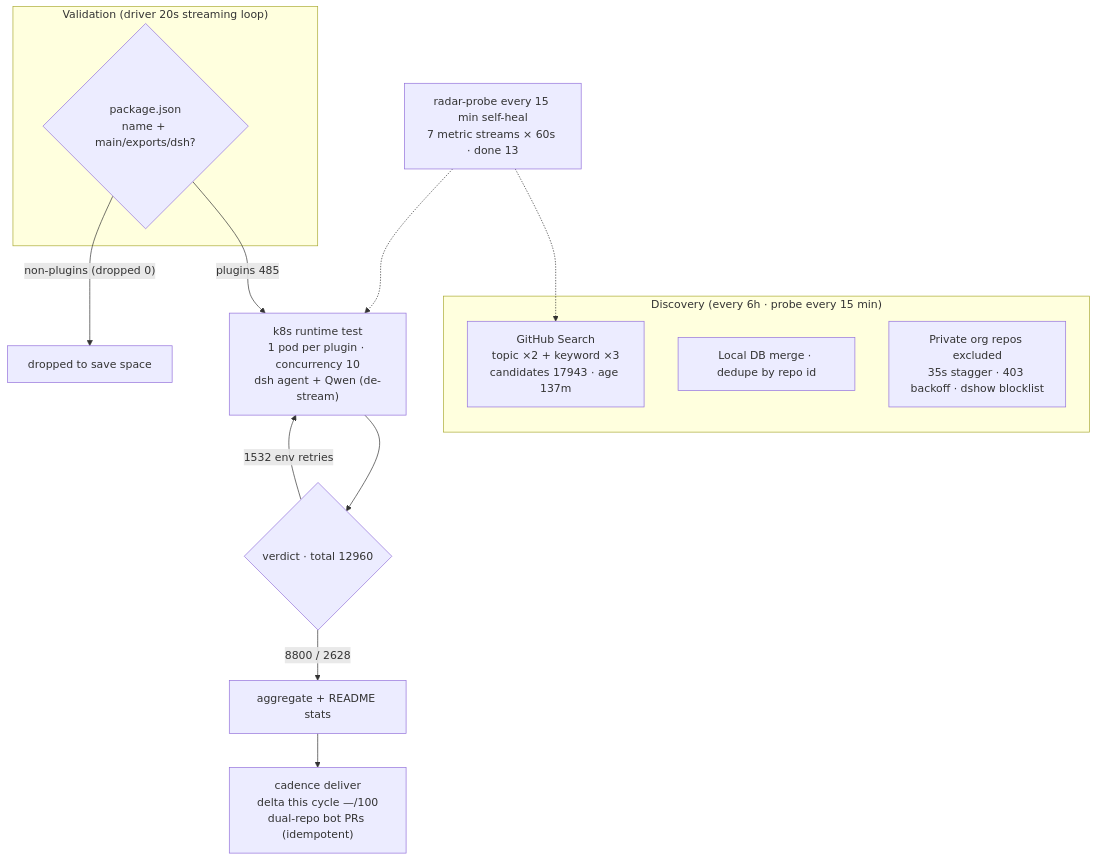
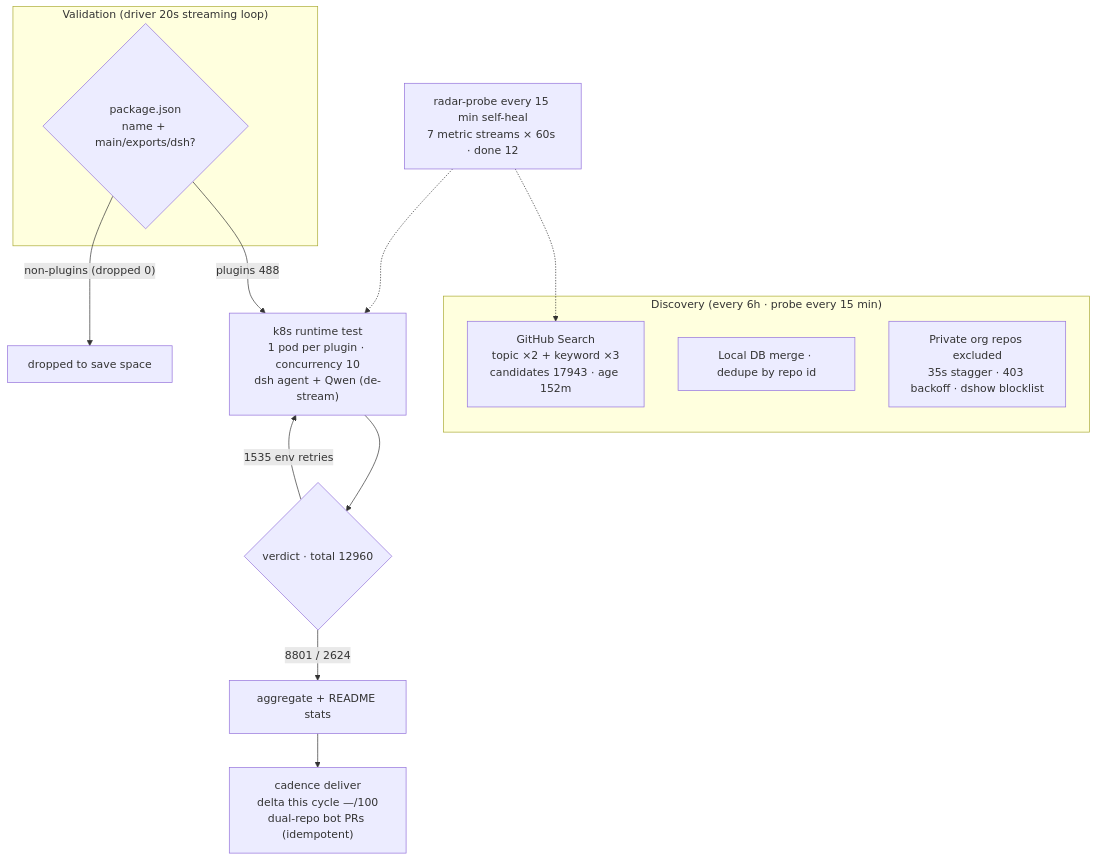
Before and after one commit to AdamPlatin123/awesome-dsh-plugins: the diagram in README.en-US.md, drawn with Mermaid. The commit also changed other lines of this file and 5 other files, not shown here.

````diff
--- a/README.en-US.md
+++ b/README.en-US.md
@@ -45,20 +45,20 @@
 ```mermaid
 flowchart TB
     subgraph Discovery["Discovery (every 6h · probe every 15 min)"]
-        A1["GitHub Search<br/>topic ×2 + keyword ×3<br/>candidates 17943 · age 137m"]
+        A1["GitHub Search<br/>topic ×2 + keyword ×3<br/>candidates 17943 · age 152m"]
         A2["Local DB merge · dedupe by repo id"]
         A3["Private org repos excluded<br/>35s stagger · 403 backoff · dshow blocklist"]
     end
     subgraph Validation["Validation (driver 20s streaming loop)"]
         B1{"package.json<br/>name + main/exports/dsh?"}
     end
-    B1 -->|"plugins 485"| C1["k8s runtime test<br/>1 pod per plugin · concurrency 10<br/>dsh agent + Qwen (de-stream)"]
+    B1 -->|"plugins 488"| C1["k8s runtime test<br/>1 pod per plugin · concurrency 10<br/>dsh agent + Qwen (de-stream)"]
     B1 -->|"non-plugins (dropped 0)"| B3["dropped to save space"]
     C1 --> D1{"verdict · total 12960"}
-    D1 -->|"8800 / 2628"| E1["aggregate + README stats"]
-    D1 -->|"1532 env retries"| C1
+    D1 -->|"8801 / 2624"| E1["aggregate + README stats"]
+    D1 -->|"1535 env retries"| C1
     E1 --> E2["cadence deliver<br/>delta this cycle —/100<br/>dual-repo bot PRs (idempotent)"]
-    M["radar-probe every 15 min self-heal<br/>7 metric streams × 60s · done 13"]
+    M["radar-probe every 15 min self-heal<br/>7 metric streams × 60s · done 12"]
     M -.-> A1
     M -.-> C1
 ```
````
